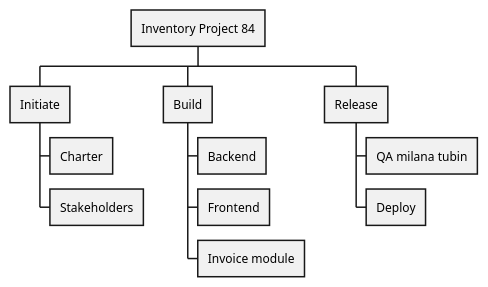
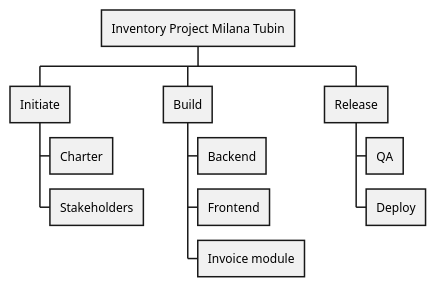
The diagram in 084_wbs_inventory.md (TTihomir/PlantUML-diagrams), drawn with PlantUML before and after one commit.

````diff
--- a/084_wbs_inventory.md
+++ b/084_wbs_inventory.md
@@ -3,15 +3,15 @@
 ```plantuml
 @startwbs
-* Inventory Project 84
+* Inventory Project Milana Tubin
 ** Initiate
 *** Charter
 *** Stakeholders
 ** Build
 *** Backend
 *** Frontend
 *** Invoice module
 ** Release
-*** QA milana tubin
+*** QA
 *** Deploy
 @endwbs
 ```
````
